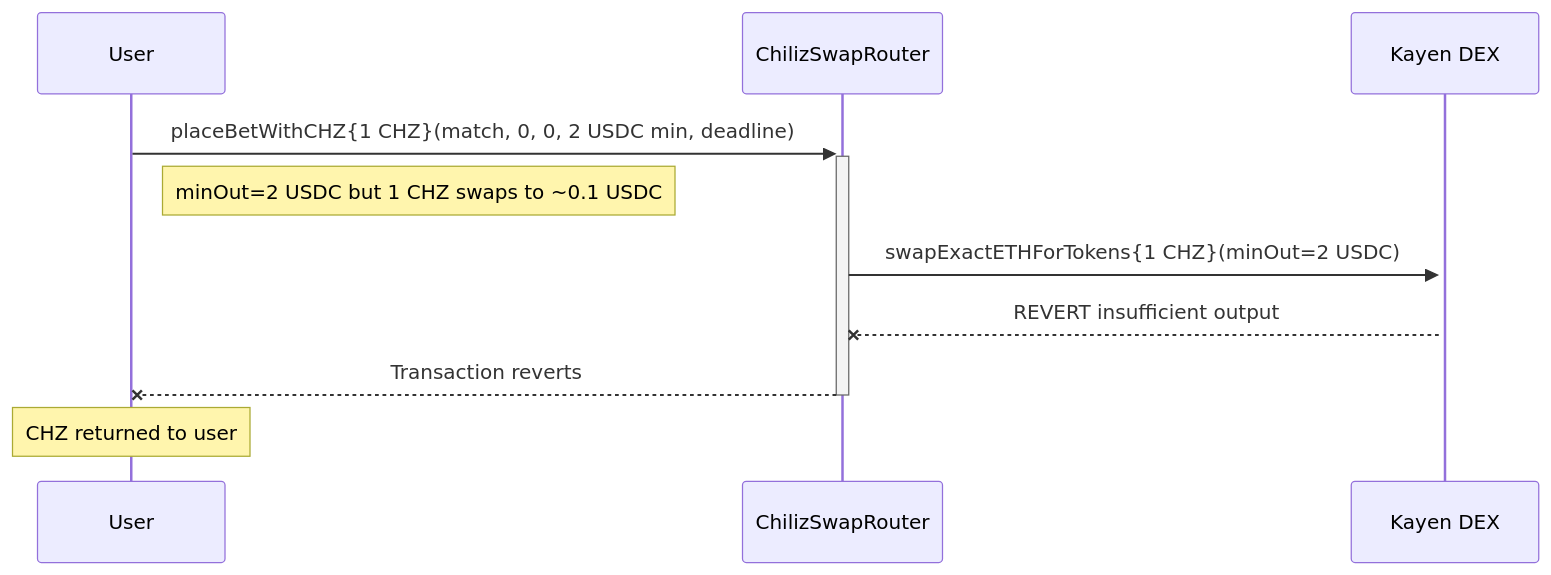
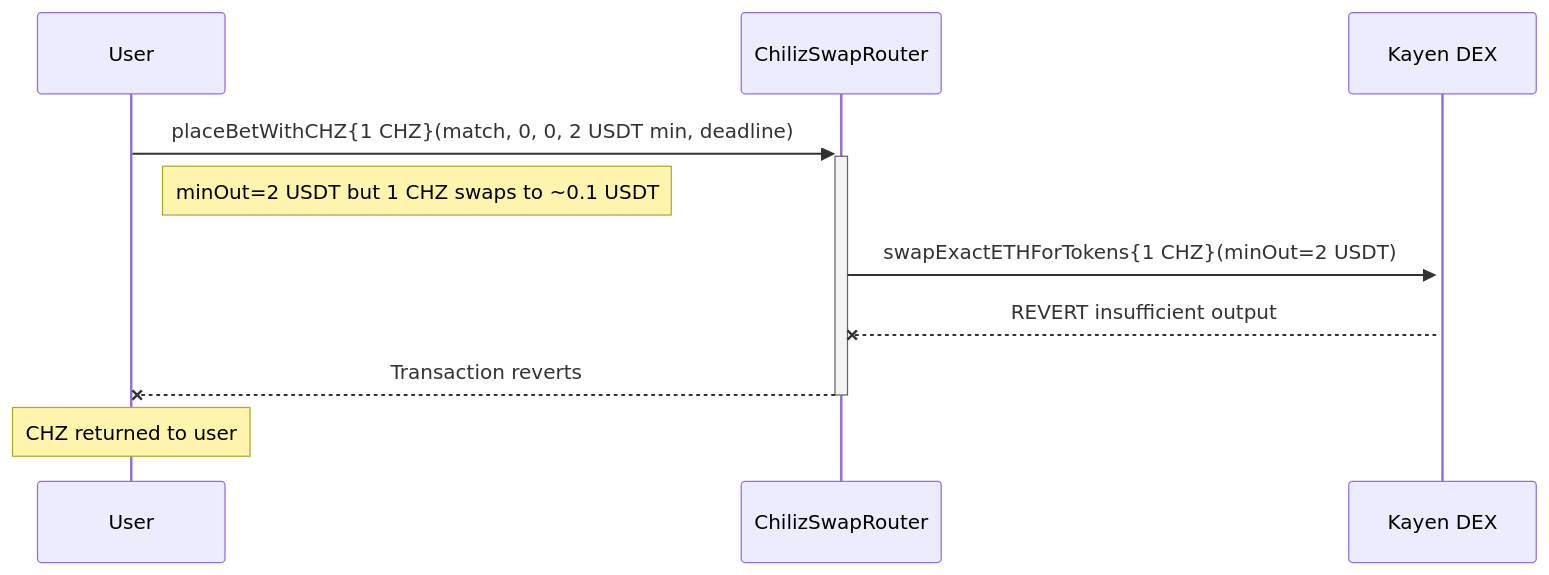
Before and after one commit to ChilizTV/smart-contracts: the third of 3 diagrams in chiliz-tv/AUDIT_REPORT.md, drawn with Mermaid. The commit also changed other lines of this file and 37 other files, not shown here.

````diff
--- a/chiliz-tv/AUDIT_REPORT.md
+++ b/chiliz-tv/AUDIT_REPORT.md
@@ -205,13 +208,13 @@
 ```mermaid
 sequenceDiagram
     participant User
     participant SwapRouter as ChilizSwapRouter
     participant Kayen as Kayen DEX
     
-    User->>+SwapRouter: placeBetWithCHZ{1 CHZ}(match, 0, 0, 2 USDC min, deadline)
-    Note right of User: minOut=2 USDC but 1 CHZ swaps to ~0.1 USDC
-    SwapRouter->>+Kayen: swapExactETHForTokens{1 CHZ}(minOut=2 USDC)
+    User->>+SwapRouter: placeBetWithCHZ{1 CHZ}(match, 0, 0, 2 USDT min, deadline)
+    Note right of User: minOut=2 USDT but 1 CHZ swaps to ~0.1 USDT
+    SwapRouter->>+Kayen: swapExactETHForTokens{1 CHZ}(minOut=2 USDT)
     Kayen--xSwapRouter: REVERT insufficient output
     SwapRouter--x-User: Transaction reverts
     Note over User: CHZ returned to user
 ```
````
